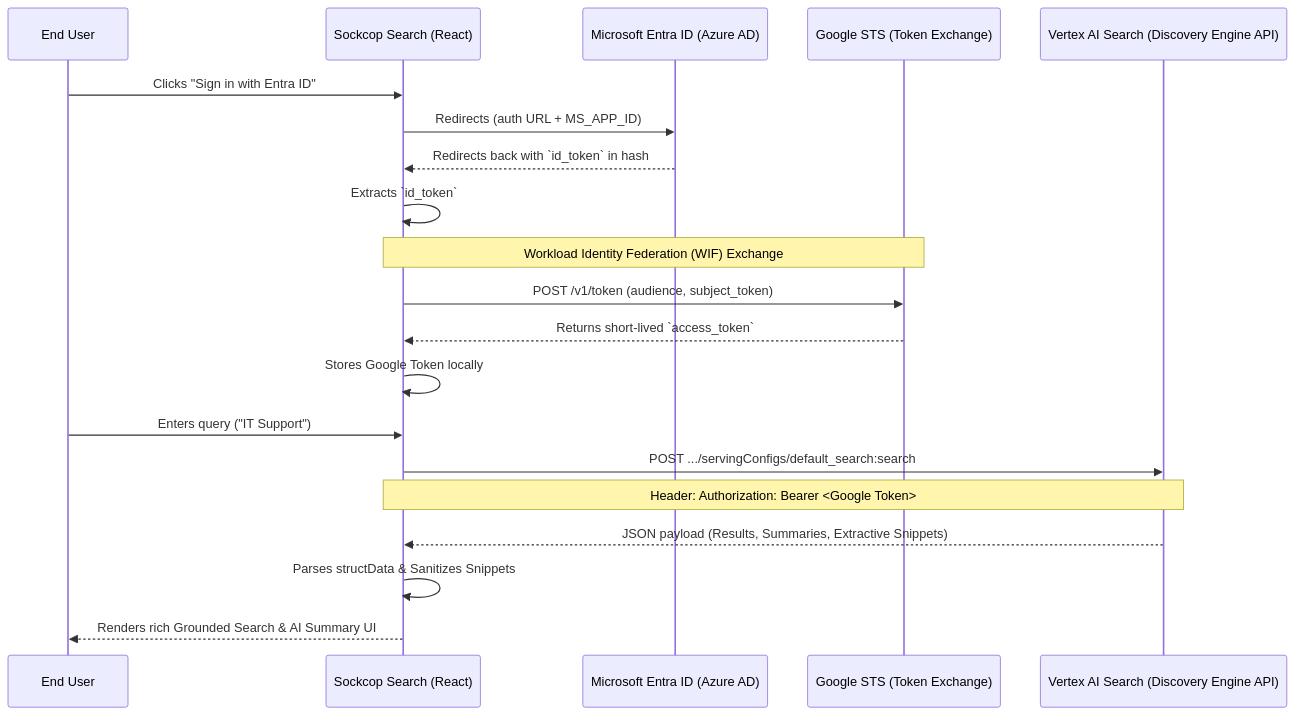
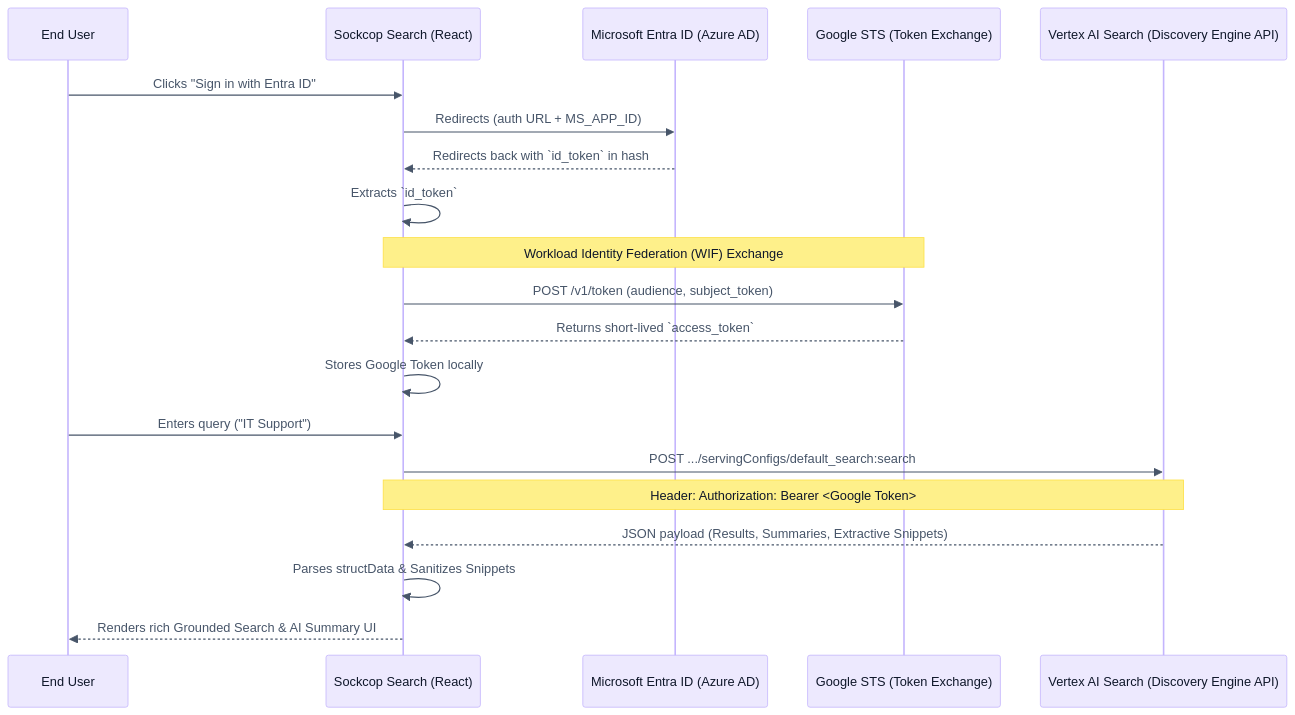
Before and after one commit to jchavezar/vertex-ai-samples: the diagram in antigravity/sockcop_search/README.md, drawn with Mermaid. The commit also changed 1 other file, not shown here.

Commit message:
docs: inject base Mermaid theme variables with fresh purple, blue and green actor block rendering

````diff
--- a/antigravity/sockcop_search/README.md
+++ b/antigravity/sockcop_search/README.md
@@ -54,26 +54,46 @@
 ```mermaid
+%%{
+  init: {
+    'theme': 'base',
+    'themeVariables': {
+      'primaryColor': '#ede9fe',
+      'primaryTextColor': '#0f172a',
+      'primaryBorderColor': '#c4b5fd',
+      'lineColor': '#94a3b8',
+      'secondaryColor': '#f0fdf4',
+      'tertiaryColor': '#e0f2fe',
+      'actorBkg': '#ede9fe',
+      'actorBorder': '#c4b5fd',
+      'signalColor': '#475569',
+      'signalTextColor': '#475569',
+      'noteBkgColor': '#fef08a',
+      'noteTextColor': '#0f172a',
+      'noteBorderColor': '#fde047'
+    }
+  }
+}%%
 sequenceDiagram
     participant User as End User
     participant Frontend as Sockcop Search (React)
     participant EntraID as Microsoft Entra ID (Azure AD)
     participant GoogleSTS as Google STS (Token Exchange)
     participant VertexAI as Vertex AI Search (Discovery Engine API)
     
     User->>Frontend: Clicks "Sign in with Entra ID"
     Frontend->>EntraID: Redirects (auth URL + MS_APP_ID)
     EntraID-->>Frontend: Redirects back with `id_token` in hash
     Frontend->>Frontend: Extracts `id_token`
     
     Note over Frontend,GoogleSTS: Workload Identity Federation (WIF) Exchange
     Frontend->>GoogleSTS: POST /v1/token (audience, subject_token)
     GoogleSTS-->>Frontend: Returns short-lived `access_token`
     Frontend->>Frontend: Stores Google Token locally
     
     User->>Frontend: Enters query ("IT Support")
     Frontend->>VertexAI: POST .../servingConfigs/default_search:search
     Note over Frontend,VertexAI: Header: Authorization: Bearer <Google Token>
     VertexAI-->>Frontend: JSON payload (Results, Summaries, Extractive Snippets)
     
     Frontend->>Frontend: Parses structData & Sanitizes Snippets
     Frontend-->>User: Renders rich Grounded Search & AI Summary UI
 ```
````
